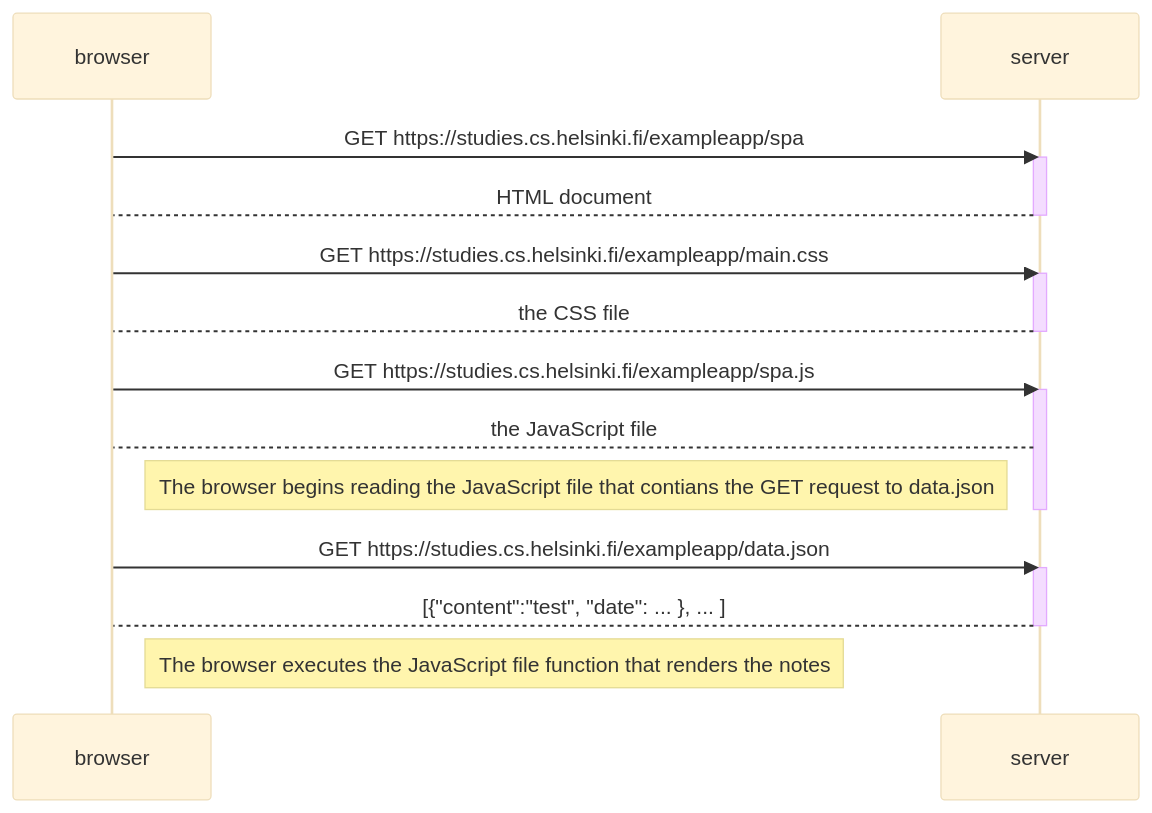
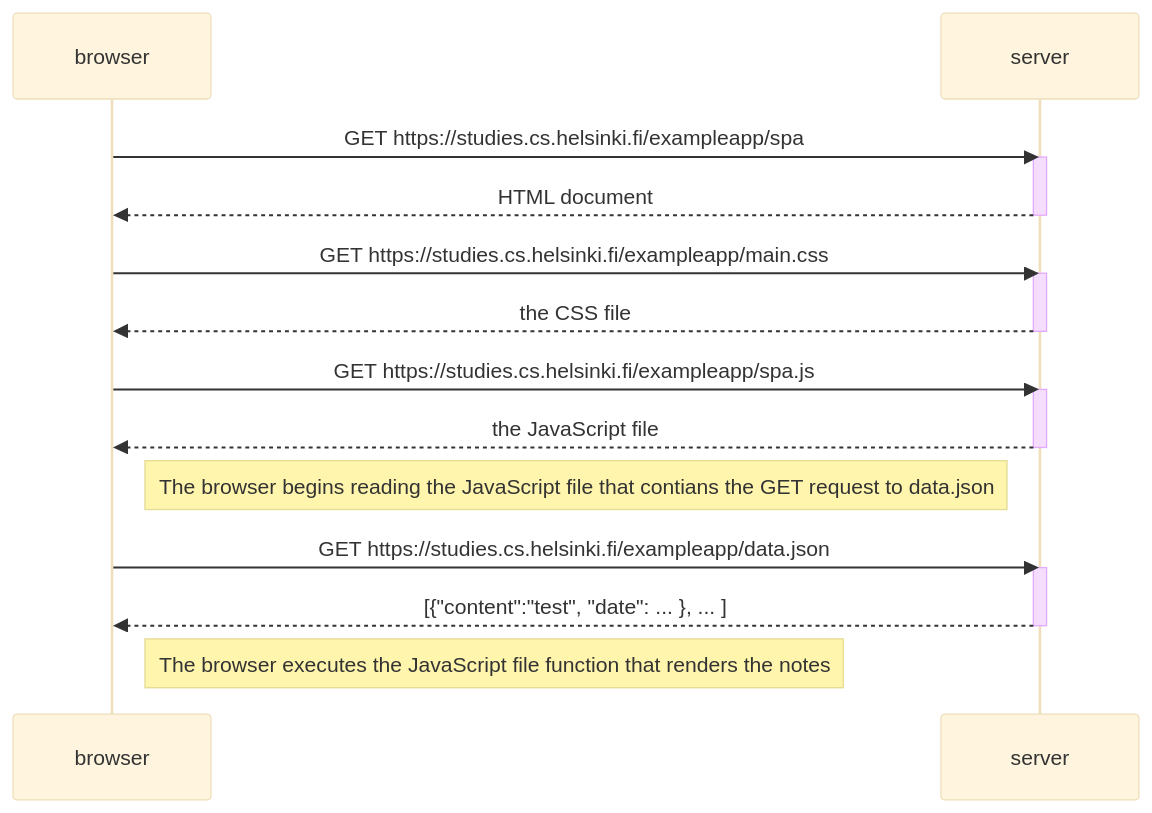
Before and after one commit to jmjstone/full-stack-open: the diagram in part0/0.5/sequence.md, drawn with Mermaid (base theme).

````diff
--- a/part0/0.5/sequence.md
+++ b/part0/0.5/sequence.md
@@ -3,27 +3,28 @@
 ```mermaid
 sequenceDiagram
     participant browser
     participant server
 
     browser->>server: GET https://studies.cs.helsinki.fi/exampleapp/spa
     activate server
-    server-->browser: HTML document
+    server-->>browser: HTML document
     deactivate server
 
     browser->>server: GET https://studies.cs.helsinki.fi/exampleapp/main.css
     activate server
-    server-->browser: the CSS file
+    server-->>browser: the CSS file
     deactivate server
 
     browser->>server: GET https://studies.cs.helsinki.fi/exampleapp/spa.js
     activate server
-    server-->browser: the JavaScript file
+    server-->>browser: the JavaScript file
+    deactivate server
     Note right of browser: The browser begins reading the JavaScript file that contians the GET request to data.json
-    deactivate server
+
 
     browser->>server: GET https://studies.cs.helsinki.fi/exampleapp/data.json
     activate server
-    server-->browser: [{"content":"test", "date": ... }, ... ]
+    server-->>browser: [{"content":"test", "date": ... }, ... ]
     deactivate server
     Note right of browser: The browser executes the JavaScript file function that renders the notes
 ```
````
